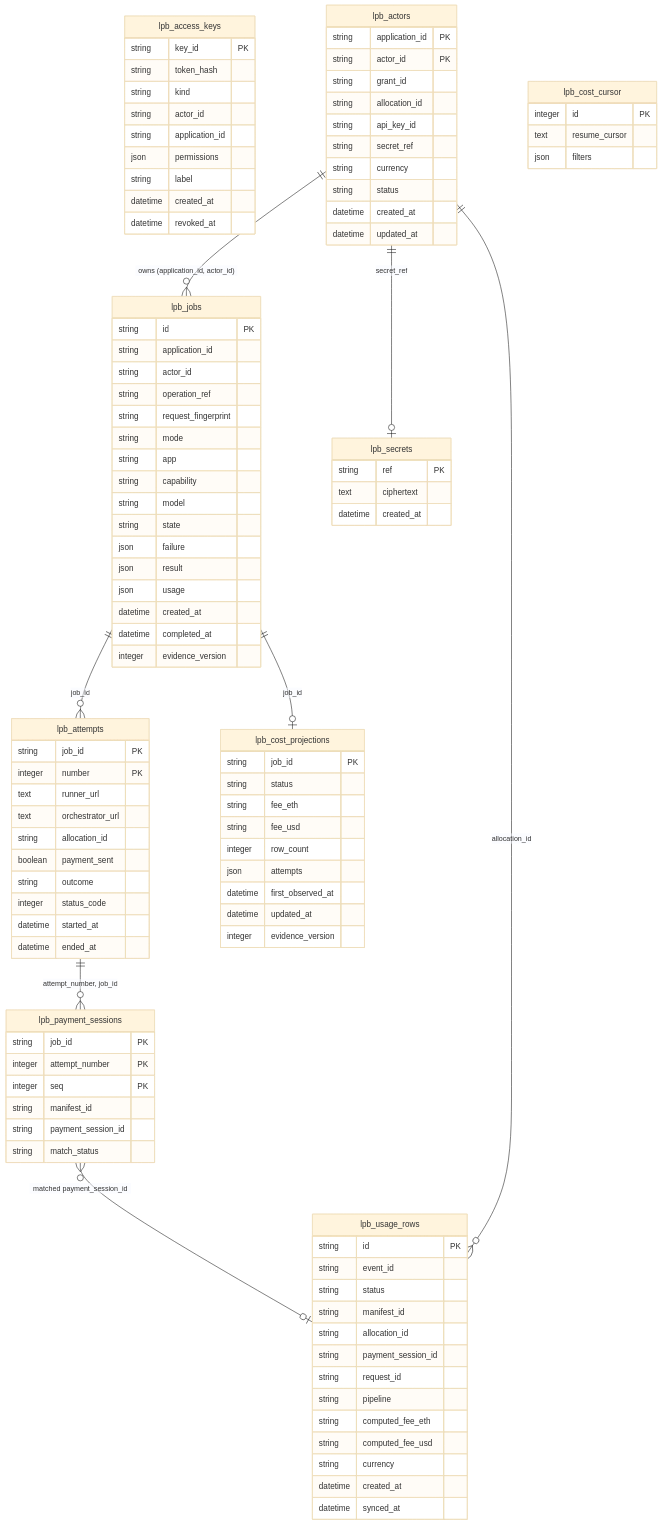
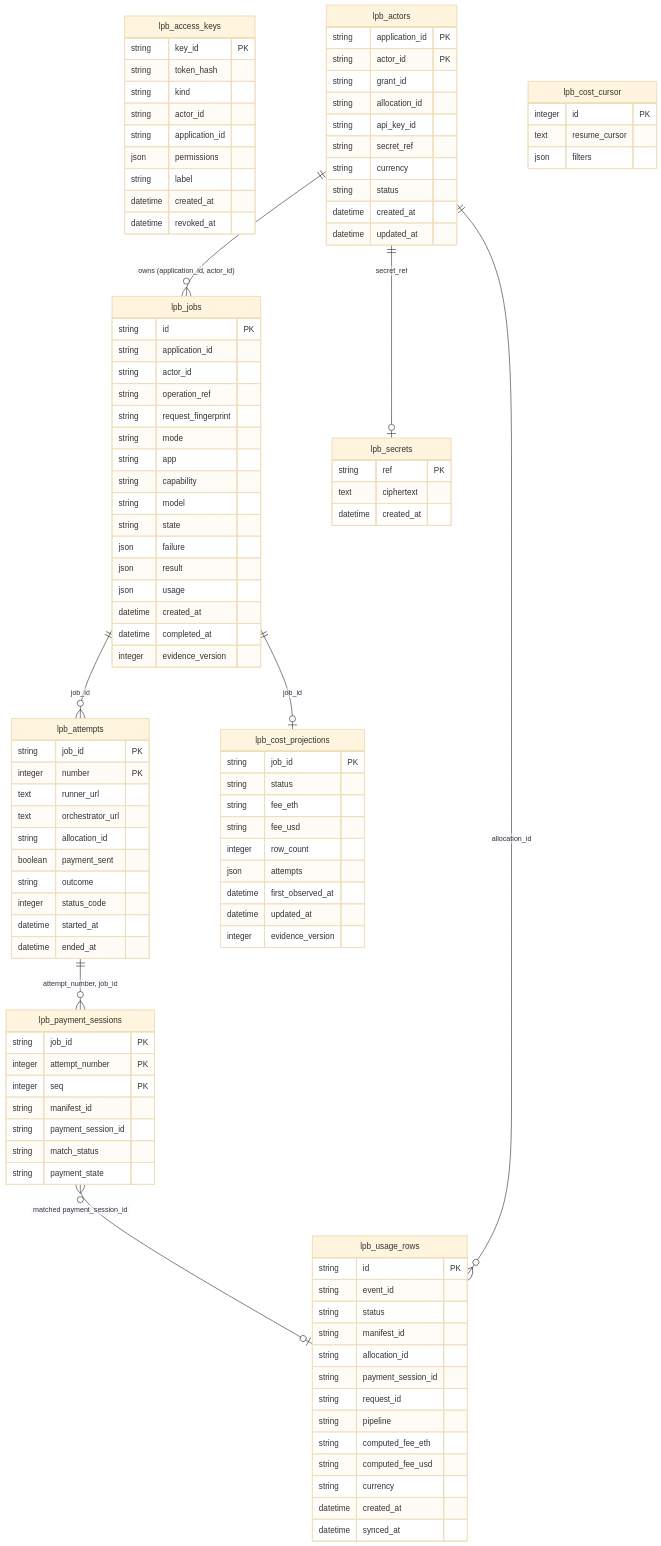
Before and after one commit to NE-Build-Track/livepeer-builder-core: the diagram in docs/generated/db-schema.md, drawn with Mermaid (base theme). The commit also changed other lines of this file and 32 other files, not shown here.

```diff
--- a/docs/generated/db-schema.md
+++ b/docs/generated/db-schema.md
@@ -83,6 +83,7 @@
         string manifest_id
         string payment_session_id
         string match_status
+        string payment_state
     }
     lpb_secrets {
         string ref PK
```
